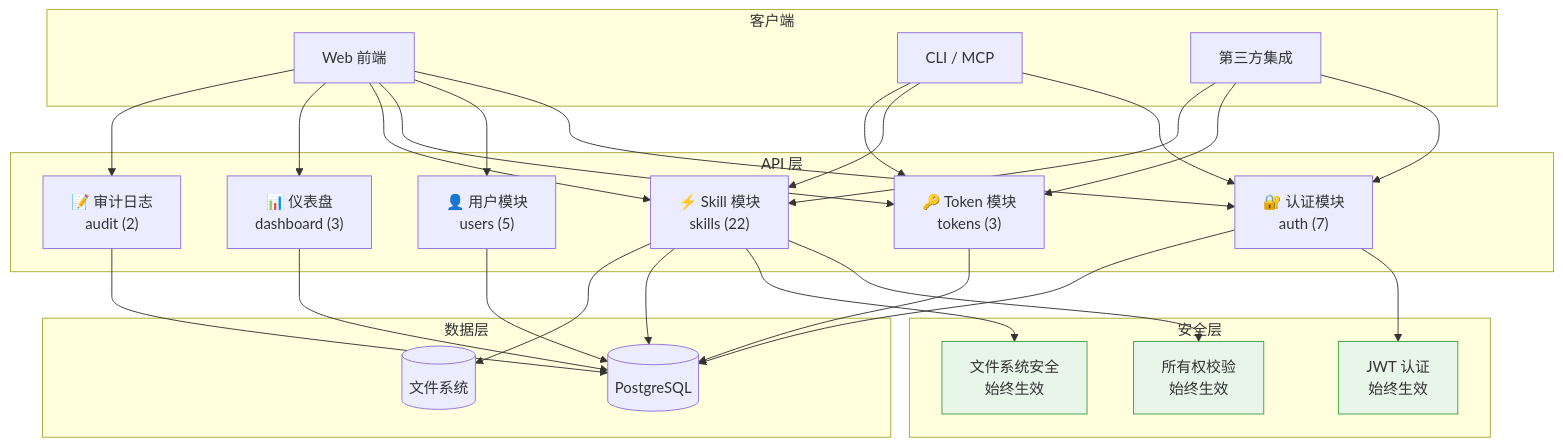
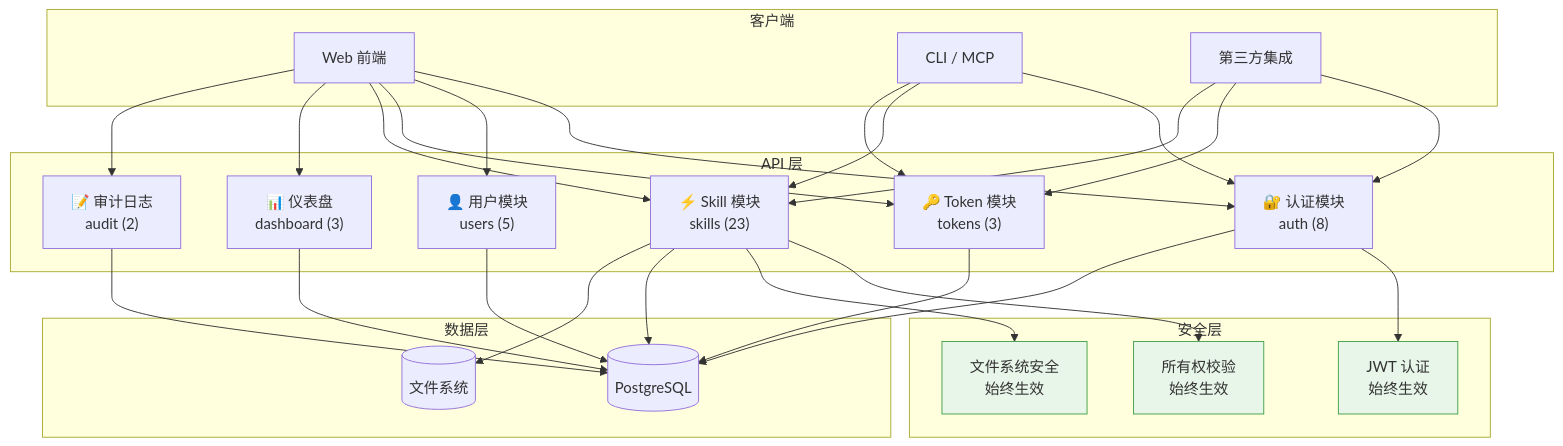
The first of 9 diagrams in technical-analysis-docs/feature-list-without-rbac.md (jiabai/open-skillhub), drawn with Mermaid before and after one commit. The commit also changed other lines of this file and 6 other files, not shown here.

````diff
--- a/technical-analysis-docs/feature-list-without-rbac.md
+++ b/technical-analysis-docs/feature-list-without-rbac.md
@@ -27,41 +31,41 @@
 ```mermaid
 graph TB
     subgraph 客户端
         WEB[Web 前端]
         CLI[CLI / MCP]
         THIRD[第三方集成]
     end
 
     subgraph API 层
-        AUTH["🔐 认证模块<br/>auth (7)"]
+        AUTH["🔐 认证模块<br/>auth (8)"]
         USER["👤 用户模块<br/>users (5)"]
         TOKEN["🔑 Token 模块<br/>tokens (3)"]
-        SKILL["⚡ Skill 模块<br/>skills (22)"]
+        SKILL["⚡ Skill 模块<br/>skills (23)"]
         DASH["📊 仪表盘<br/>dashboard (3)"]
         AUDIT["📝 审计日志<br/>audit (2)"]
     end
 
     subgraph 安全层
         JWT[JWT 认证<br/>始终生效]
         OWNER[所有权校验<br/>始终生效]
         FILE_FS[文件系统安全<br/>始终生效]
     end
 
     subgraph 数据层
         DB[(PostgreSQL)]
         FS[(文件系统)]
     end
 
     WEB --> AUTH & USER & TOKEN & SKILL & DASH & AUDIT
     CLI --> AUTH & SKILL & TOKEN
     THIRD --> AUTH & TOKEN & SKILL
 
     AUTH --> JWT
     SKILL --> OWNER & FILE_FS
     AUTH & USER & TOKEN & SKILL & DASH & AUDIT --> DB
     SKILL --> FS
 
     style JWT fill:#e8f5e9,stroke:#43a047
     style OWNER fill:#e8f5e9,stroke:#43a047
     style FILE_FS fill:#e8f5e9,stroke:#43a047
 ```
````
